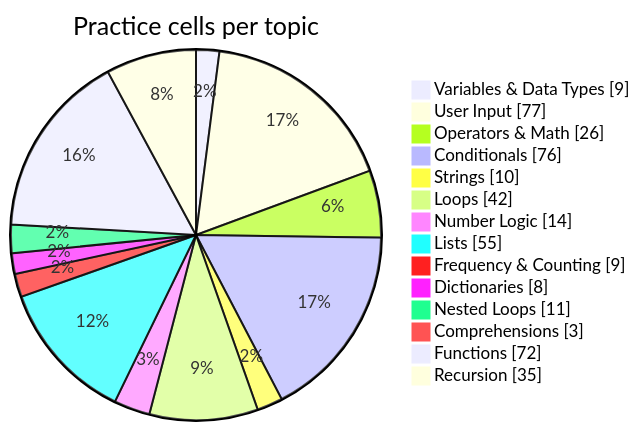
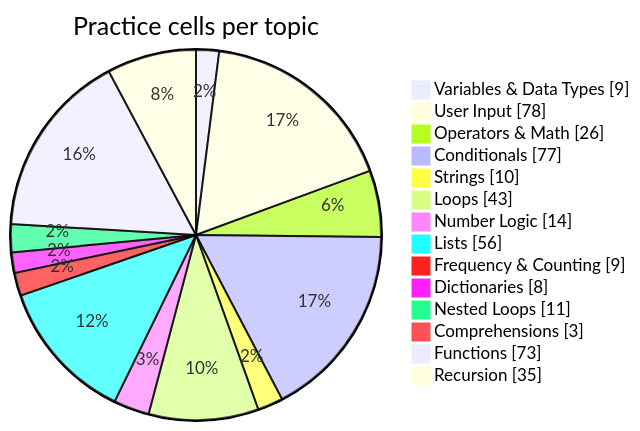
One commit to Phantom2101/Python-Daily-Practice changed the diagram in README.md. Above: the diagram before and after it, drawn with Mermaid. The commit also changed other lines of this file and 3 other files, not shown here.

````diff
--- a/README.md
+++ b/README.md
@@ -126,17 +126,17 @@
 ```mermaid
 pie showData title Practice cells per topic
     "Variables & Data Types" : 9
-    "User Input" : 77
+    "User Input" : 78
     "Operators & Math" : 26
-    "Conditionals" : 76
+    "Conditionals" : 77
     "Strings" : 10
-    "Loops" : 42
+    "Loops" : 43
     "Number Logic" : 14
-    "Lists" : 55
+    "Lists" : 56
     "Frequency & Counting" : 9
     "Dictionaries" : 8
     "Nested Loops" : 11
     "Comprehensions" : 3
-    "Functions" : 72
+    "Functions" : 73
     "Recursion" : 35
 ```
````
